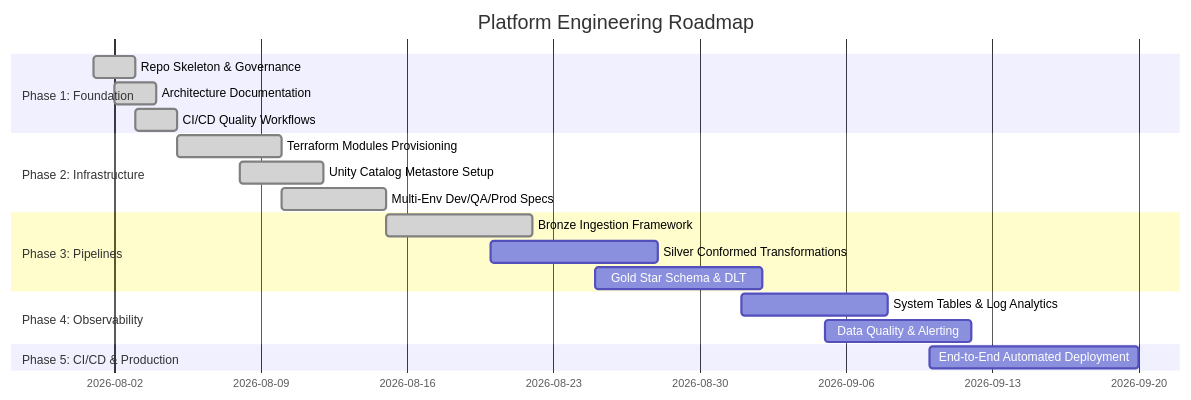
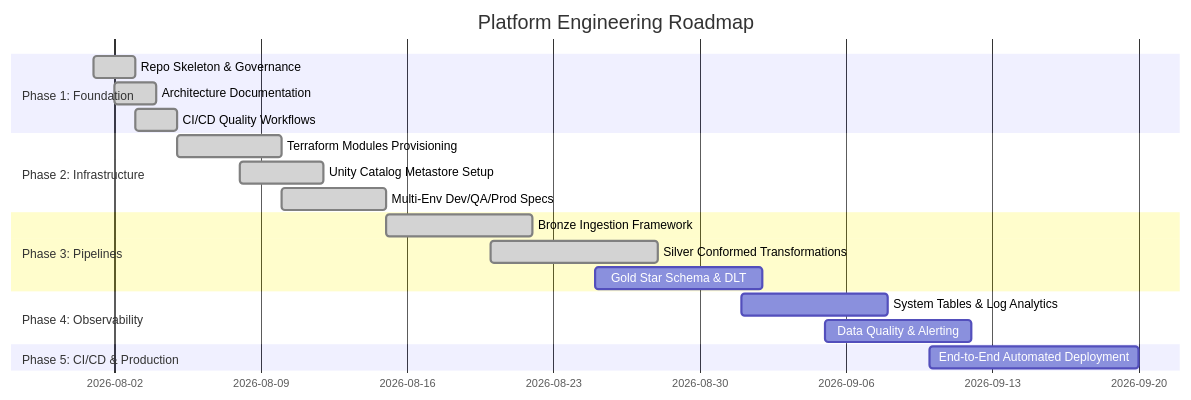
The diagram in docs/project-roadmap.md (An0N-ops/Azure-Databricks-Lakehouse-Platform), drawn with Mermaid before and after one commit. The commit also changed other lines of this file and 11 other files, not shown here.

Commit message:
feat(silver): add conformed DLT silver layer

````diff
--- a/docs/project-roadmap.md
+++ b/docs/project-roadmap.md
@@ -11,22 +11,22 @@
 ```mermaid
 gantt
     title Platform Engineering Roadmap
     dateFormat  YYYY-MM-DD
     section Phase 1: Foundation
     Repo Skeleton & Governance       :done, p1_1, 2026-08-01, 2026-08-03
     Architecture Documentation      :done, p1_2, 2026-08-02, 2026-08-04
     CI/CD Quality Workflows          :done, p1_3, 2026-08-03, 2026-08-05
     section Phase 2: Infrastructure
     Terraform Modules Provisioning   :done, p2_1, 2026-08-05, 2026-08-10
     Unity Catalog Metastore Setup    :done, p2_2, 2026-08-08, 2026-08-12
     Multi-Env Dev/QA/Prod Specs      :done, p2_3, 2026-08-10, 2026-08-15
     section Phase 3: Pipelines
     Bronze Ingestion Framework      :done, p3_1, 2026-08-15, 2026-08-22
-    Silver Conformed Transformations : p3_2, 2026-08-20, 2026-08-28
+    Silver Conformed Transformations :done, p3_2, 2026-08-20, 2026-08-28
     Gold Star Schema & DLT          : p3_3, 2026-08-25, 2026-09-02
     section Phase 4: Observability
     System Tables & Log Analytics   : p4_1, 2026-09-01, 2026-09-08
     Data Quality & Alerting         : p4_2, 2026-09-05, 2026-09-12
     section Phase 5: CI/CD & Production
     End-to-End Automated Deployment  : p5_1, 2026-09-10, 2026-09-20
 ```
````
